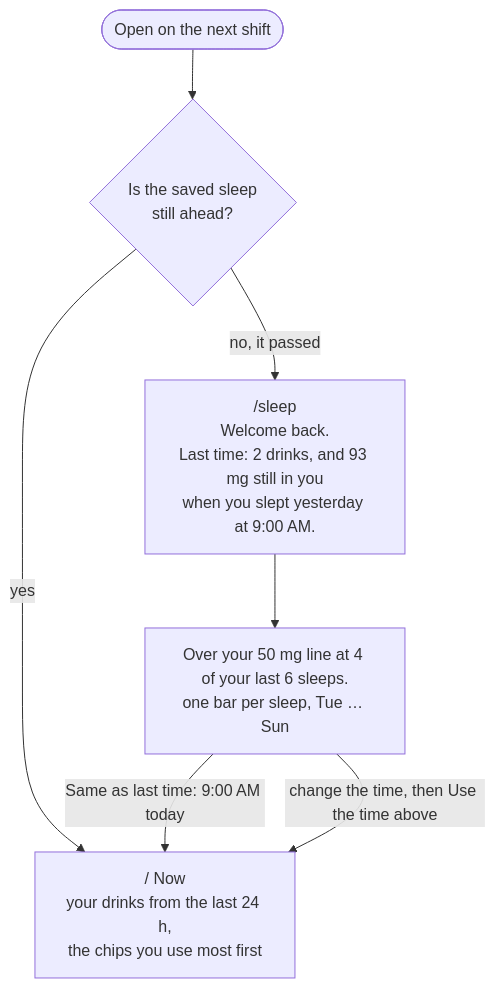
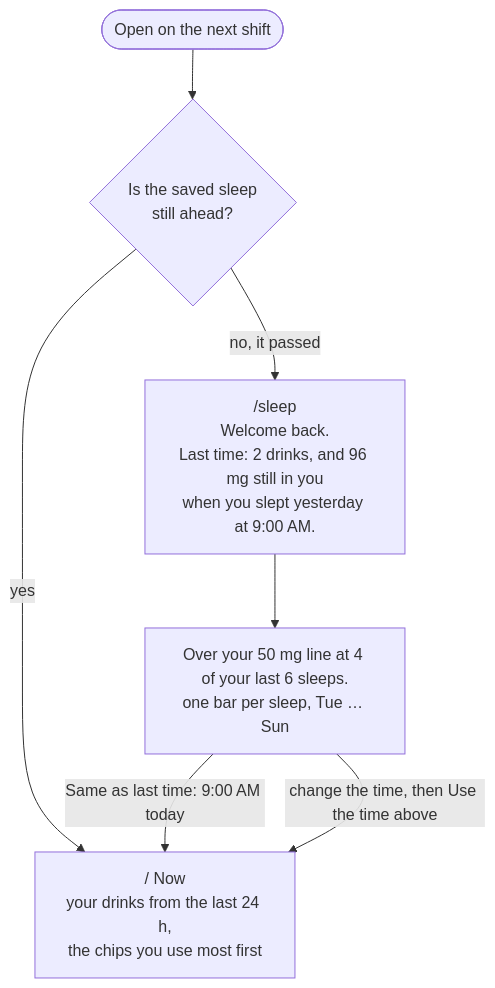
The fifth of 5 diagrams in README.md (nocturnalvigilante/design_ship_build_homework_3), drawn with Mermaid before and after one commit. The commit also changed other lines of this file and 5 other files, not shown here.

````diff
--- a/README.md
+++ b/README.md
@@ -114,9 +114,9 @@
 ```mermaid
 flowchart TD
   A([Open on the next shift]) --> B{"Is the saved sleep<br/>still ahead?"}
   B -- "yes" --> N["/ Now<br/>your drinks from the last 24 h,<br/>the chips you use most first"]
-  B -- "no, it passed" --> S["/sleep<br/>Welcome back.<br/>Last time: 2 drinks, and 93 mg still in you<br/>when you slept yesterday at 9:00 AM."]
+  B -- "no, it passed" --> S["/sleep<br/>Welcome back.<br/>Last time: 2 drinks, and 96 mg still in you<br/>when you slept yesterday at 9:00 AM."]
   S --> P["Over your 50 mg line at 4 of your last 6 sleeps.<br/>one bar per sleep, Tue … Sun"]
   P -- "Same as last time: 9:00 AM today" --> N
   P -- "change the time, then Use the time above" --> N
 ```
````
